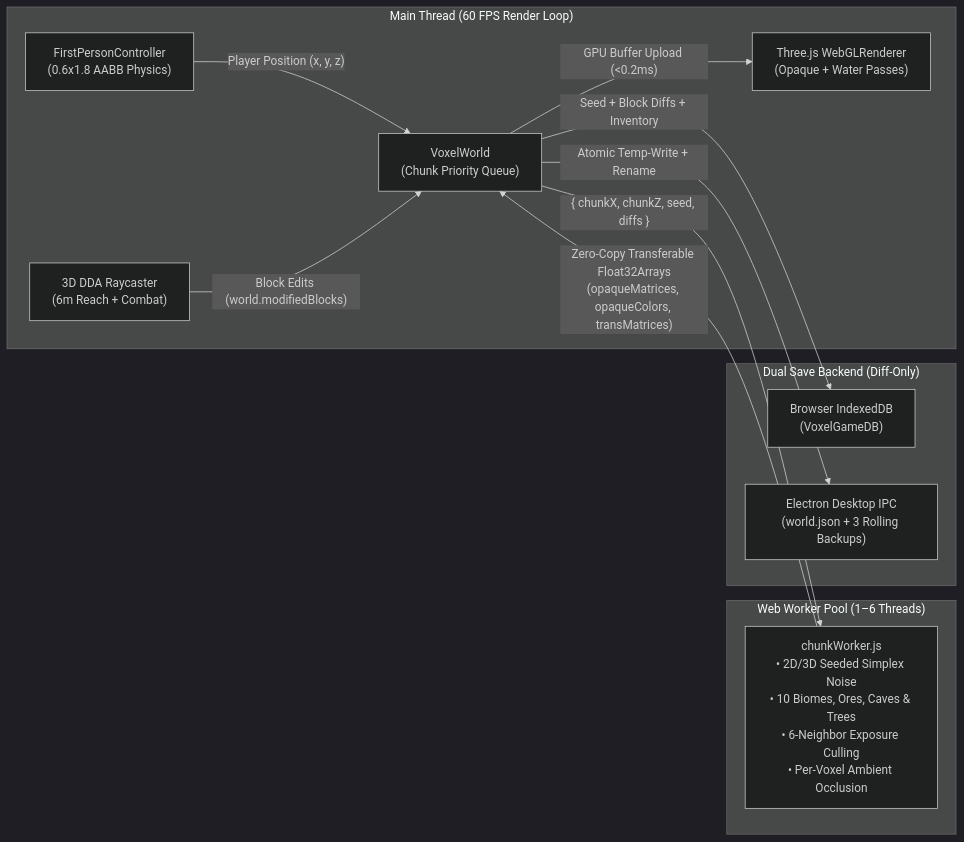
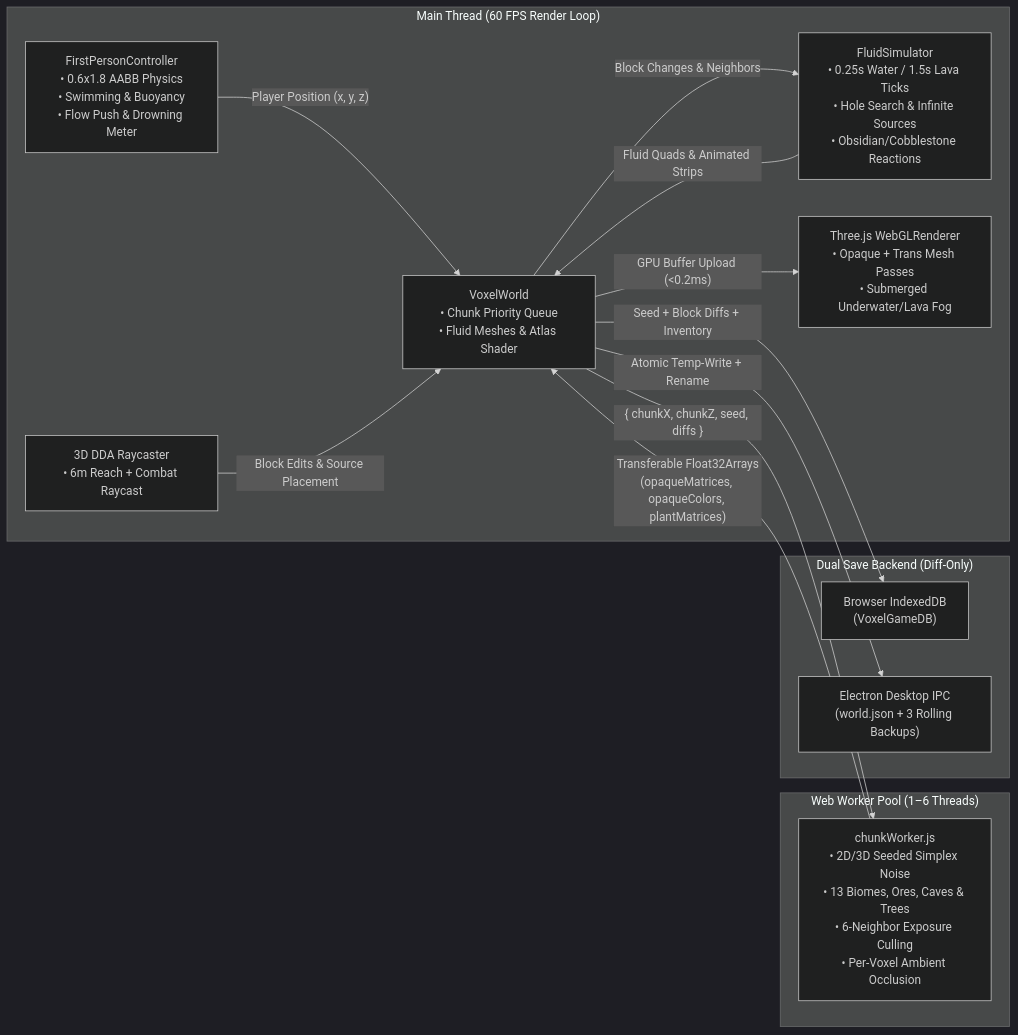
One commit to npal78229-eng/voxel-game changed the first of 2 diagrams in README.md. Above: the diagram before and after it, drawn with Mermaid (dark theme). The commit also changed other lines of this file, not shown here.

Commit message:
docs: comprehensive update to README for fluids, combat AI, climate, and QA

````diff
--- a/README.md
+++ b/README.md
@@ -17,26 +18,29 @@
 ```mermaid
 flowchart LR
     subgraph MainThread["Main Thread (60 FPS Render Loop)"]
-        Player["FirstPersonController\n(0.6x1.8 AABB Physics)"]
-        World["VoxelWorld\n(Chunk Priority Queue)"]
-        DDA["3D DDA Raycaster\n(6m Reach + Combat)"]
-        Scene["Three.js WebGLRenderer\n(Opaque + Water Passes)"]
+        Player["FirstPersonController\n• 0.6x1.8 AABB Physics\n• Swimming & Buoyancy\n• Flow Push & Drowning Meter"]
+        World["VoxelWorld\n• Chunk Priority Queue\n• Fluid Meshes & Atlas Shader"]
+        FluidSim["FluidSimulator\n• 0.25s Water / 1.5s Lava Ticks\n• Hole Search & Infinite Sources\n• Obsidian/Cobblestone Reactions"]
+        DDA["3D DDA Raycaster\n• 6m Reach + Combat Raycast"]
+        Scene["Three.js WebGLRenderer\n• Opaque + Trans Mesh Passes\n• Submerged Underwater/Lava Fog"]
     end
 
     subgraph WorkerPool["Web Worker Pool (1–6 Threads)"]
-        Worker["chunkWorker.js\n• 2D/3D Seeded Simplex Noise\n• 10 Biomes, Ores, Caves & Trees\n• 6-Neighbor Exposure Culling\n• Per-Voxel Ambient Occlusion"]
+        Worker["chunkWorker.js\n• 2D/3D Seeded Simplex Noise\n• 13 Biomes, Ores, Caves & Trees\n• 6-Neighbor Exposure Culling\n• Per-Voxel Ambient Occlusion"]
     end
 
     subgraph Storage["Dual Save Backend (Diff-Only)"]
         IDB["Browser IndexedDB\n(VoxelGameDB)"]
         IPC["Electron Desktop IPC\n(world.json + 3 Rolling Backups)"]
     end
 
     Player -->|"Player Position (x, y, z)"| World
     World -->|"{ chunkX, chunkZ, seed, diffs }"| Worker
-    Worker -->|"Zero-Copy Transferable Float32Arrays\n(opaqueMatrices, opaqueColors, transMatrices)"| World
+    Worker -->|"Transferable Float32Arrays\n(opaqueMatrices, opaqueColors, plantMatrices)"| World
+    FluidSim -->|"Fluid Quads & Animated Strips"| World
     World -->|"GPU Buffer Upload (<0.2ms)"| Scene
-    DDA -->|"Block Edits (world.modifiedBlocks)"| World
+    DDA -->|"Block Edits & Source Placement"| World
+    World -->|"Block Changes & Neighbors"| FluidSim
     World -->|"Seed + Block Diffs + Inventory"| IDB
     World -->|"Atomic Temp-Write + Rename"| IPC
 ```
````
